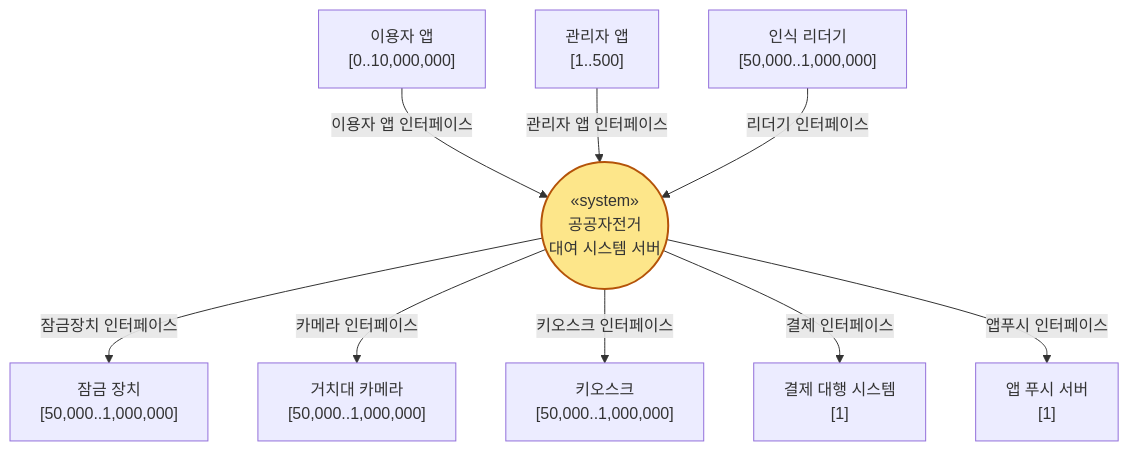
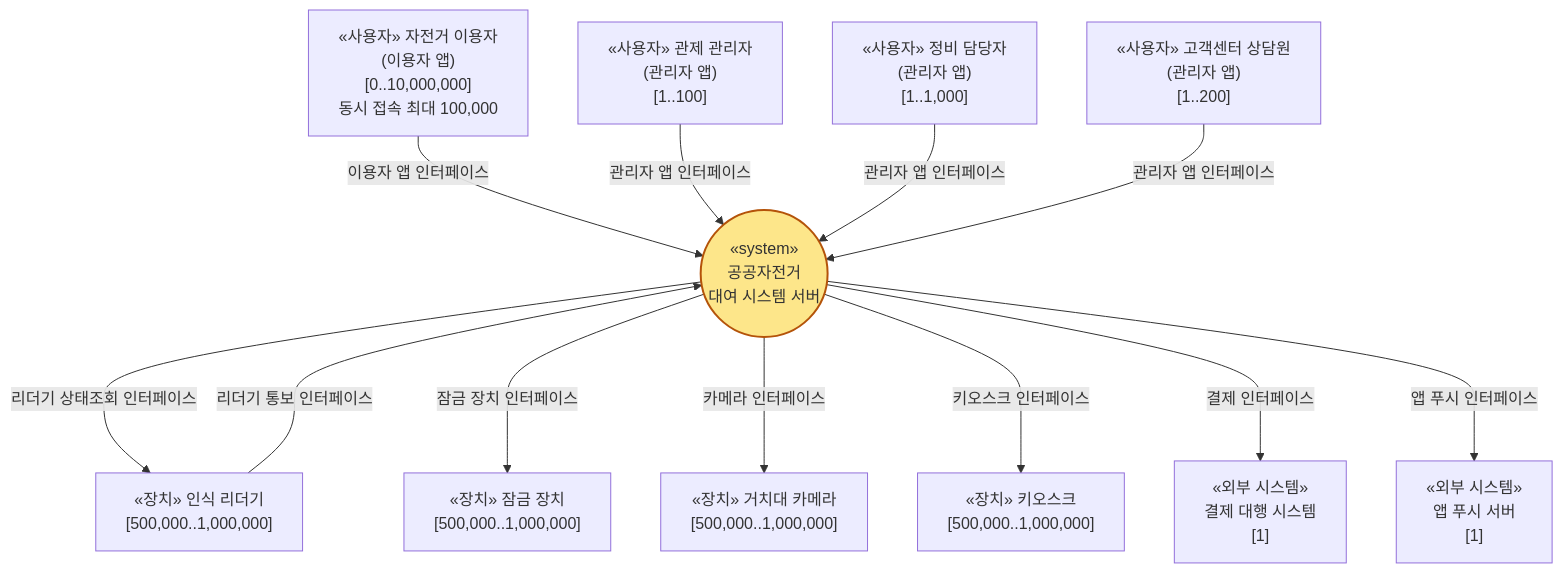
Before and after one commit to jcly2/AA: the diagram in diagrams/system_context.mmd, drawn with Mermaid. The commit also changed 3 other files, not shown here.

```diff
--- a/diagrams/system_context.mmd
+++ b/diagrams/system_context.mmd
@@ -1,22 +1,27 @@
 %% System Context Diagram - 공공자전거 대여 시스템
 %% 화살표 방향 = 최초 제어 방향(Client → Server), [ ] = multiplicity
 flowchart TB
-  UA["이용자 앱<br>[0..10,000,000]"]
-  MA["관리자 앱<br>[1..500]"]
-  RD["인식 리더기<br>[50,000..1,000,000]"]
+  U["«사용자» 자전거 이용자<br>(이용자 앱)<br>[0..10,000,000]<br>동시 접속 최대 100,000"]
+  OP["«사용자» 관제 관리자<br>(관리자 앱)<br>[1..100]"]
+  MT["«사용자» 정비 담당자<br>(관리자 앱)<br>[1..1,000]"]
+  CS["«사용자» 고객센터 상담원<br>(관리자 앱)<br>[1..200]"]
   S(("«system»<br>공공자전거<br>대여 시스템 서버"))
-  LK["잠금 장치<br>[50,000..1,000,000]"]
-  CM["거치대 카메라<br>[50,000..1,000,000]"]
-  KS["키오스크<br>[50,000..1,000,000]"]
-  PG["결제 대행 시스템<br>[1]"]
-  PS["앱 푸시 서버<br>[1]"]
-  UA -->|이용자 앱 인터페이스| S
-  MA -->|관리자 앱 인터페이스| S
-  RD -->|리더기 인터페이스| S
-  S -->|잠금장치 인터페이스| LK
-  S -->|카메라 인터페이스| CM
-  S -->|키오스크 인터페이스| KS
-  S -->|결제 인터페이스| PG
-  S -->|앱푸시 인터페이스| PS
+  RD["«장치» 인식 리더기<br>[500,000..1,000,000]"]
+  LK["«장치» 잠금 장치<br>[500,000..1,000,000]"]
+  CM["«장치» 거치대 카메라<br>[500,000..1,000,000]"]
+  KS["«장치» 키오스크<br>[500,000..1,000,000]"]
+  PG["«외부 시스템»<br>결제 대행 시스템<br>[1]"]
+  PS["«외부 시스템»<br>앱 푸시 서버<br>[1]"]
+  U -->|이용자 앱 인터페이스| S
+  OP -->|관리자 앱 인터페이스| S
+  MT -->|관리자 앱 인터페이스| S
+  CS -->|관리자 앱 인터페이스| S
+  RD --->|리더기 통보 인터페이스| S
+  S --->|리더기 상태조회 인터페이스| RD
+  S --->|잠금 장치 인터페이스| LK
+  S --->|카메라 인터페이스| CM
+  S --->|키오스크 인터페이스| KS
+  S --->|결제 인터페이스| PG
+  S --->|앱 푸시 인터페이스| PS
   classDef sys fill:#fde68a,stroke:#b45309,stroke-width:2px
   class S sys
```
